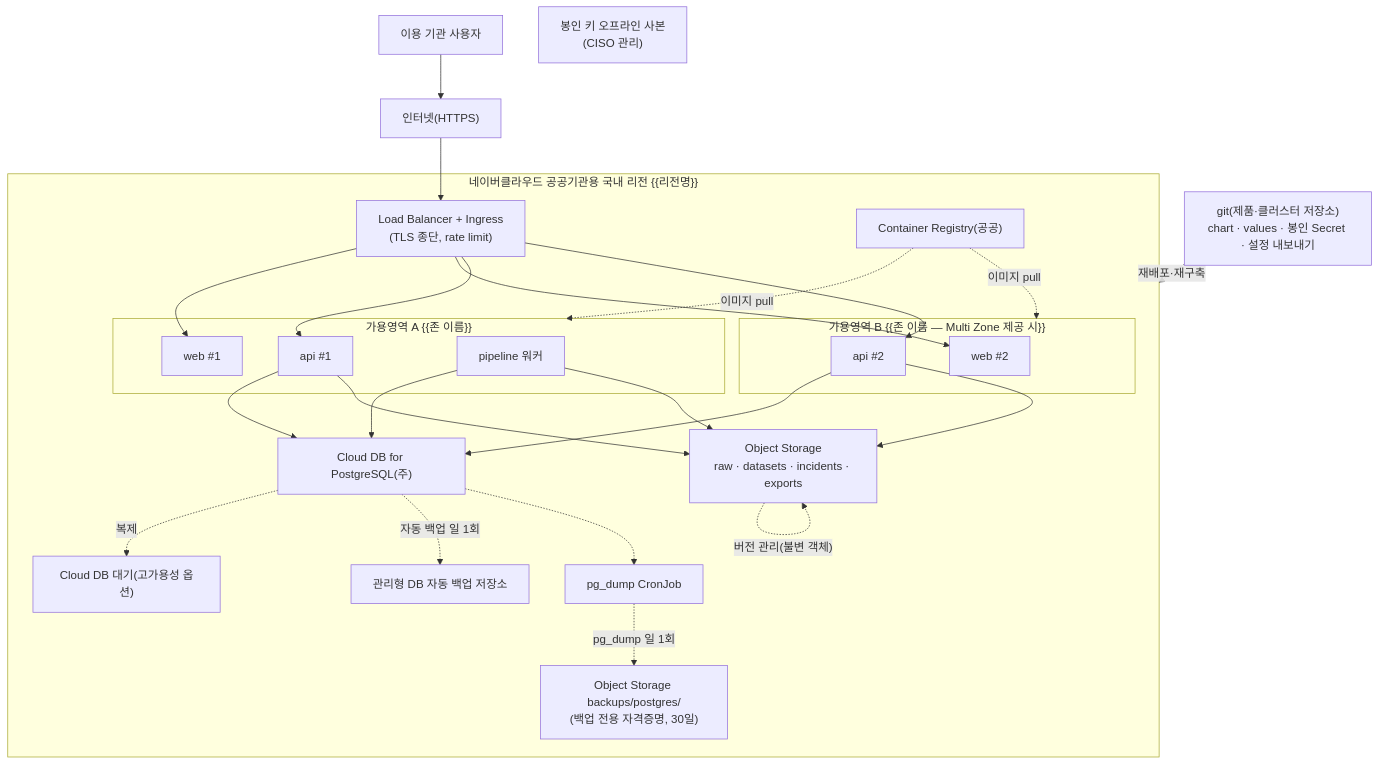
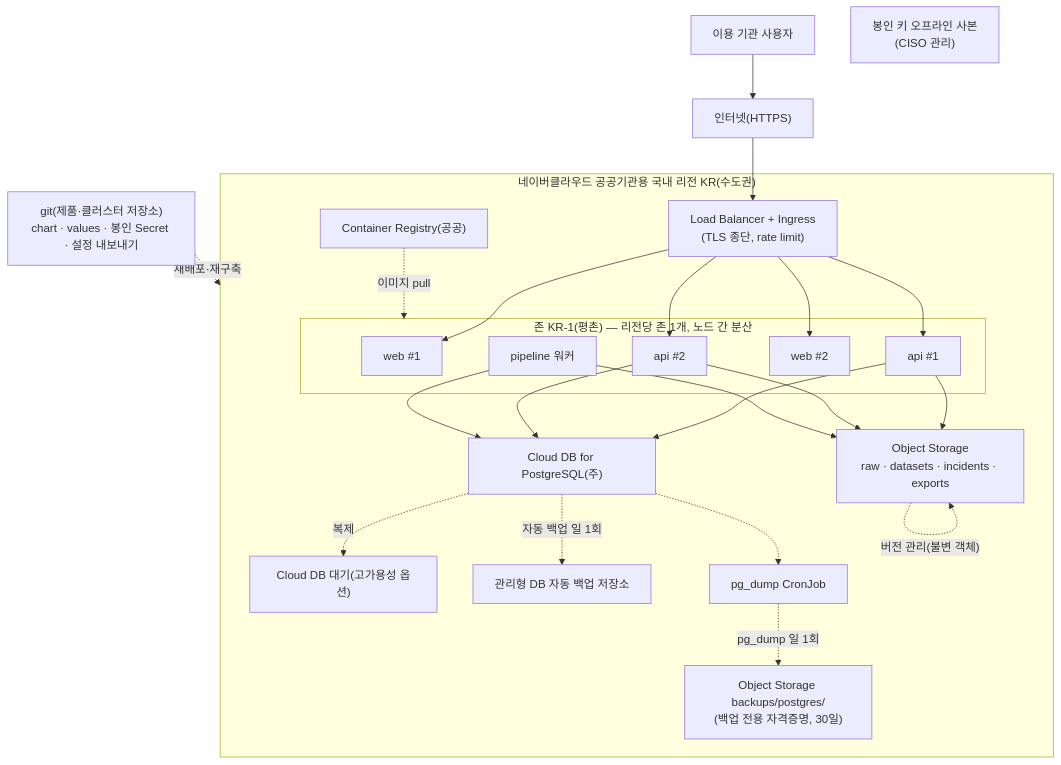
Before and after one commit to garam-park/inp-devops: the diagram in .ai-workflow/work/tasks/CSAP-인증준비/11 대기중/14.2.2 중요장비 이중화 및 백업체계 구축/03. 네트워크 구성도.md, drawn with Mermaid. The commit also changed other lines of this file and 71 other files, not shown here.

````diff
--- a/.ai-workflow/work/tasks/CSAP-인증준비/11 대기중/14.2.2 중요장비 이중화 및 백업체계 구축/03. 네트워크 구성도.md
+++ b/.ai-workflow/work/tasks/CSAP-인증준비/11 대기중/14.2.2 중요장비 이중화 및 백업체계 구축/03. 네트워크 구성도.md
@@ -40,48 +40,45 @@
 ```mermaid
 flowchart TD
     USER["이용 기관 사용자"]
     NET["인터넷(HTTPS)"]
 
-    subgraph REGION["네이버클라우드 공공기관용 국내 리전 {{리전명}}"]
+    subgraph REGION["네이버클라우드 공공기관용 국내 리전 KR(수도권)"]
         LB["Load Balancer + Ingress<br/>(TLS 종단, rate limit)"]
-        subgraph AZ1["가용영역 A {{존 이름}}"]
+        subgraph AZ1["존 KR-1(평촌) — 리전당 존 1개, 노드 간 분산"]
             WEB1["web #1"]
             API1["api #1"]
             PIPE["pipeline 워커"]
-        end
-        subgraph AZ2["가용영역 B {{존 이름 — Multi Zone 제공 시}}"]
             WEB2["web #2"]
             API2["api #2"]
         end
         DB1["Cloud DB for PostgreSQL(주)"]
         DB2["Cloud DB 대기(고가용성 옵션)"]
         OBJ["Object Storage<br/>raw · datasets · incidents · exports"]
         BKUP["Object Storage backups/postgres/<br/>(백업 전용 자격증명, 30일)"]
         MBK["관리형 DB 자동 백업 저장소"]
         CRON["pg_dump CronJob"]
         REG["Container Registry(공공)"]
     end
 
     GIT["git(제품·클러스터 저장소)<br/>chart · values · 봉인 Secret · 설정 내보내기"]
     KEY["봉인 키 오프라인 사본<br/>(CISO 관리)"]
 
     USER --> NET --> LB
     LB --> WEB1
     LB --> WEB2
     LB --> API1
     LB --> API2
     API1 --> DB1
     API2 --> DB1
     API1 --> OBJ
     API2 --> OBJ
     PIPE --> DB1
     PIPE --> OBJ
     DB1 -. "복제" .-> DB2
     DB1 -. "자동 백업 일 1회" .-> MBK
     CRON -. "pg_dump 일 1회" .-> BKUP
     DB1 -.-> CRON
     OBJ -. "버전 관리(불변 객체)" .-> OBJ
     REG -. "이미지 pull" .-> AZ1
-    REG -. "이미지 pull" .-> AZ2
     GIT -. "재배포·재구축" .-> REGION
 ```
````
